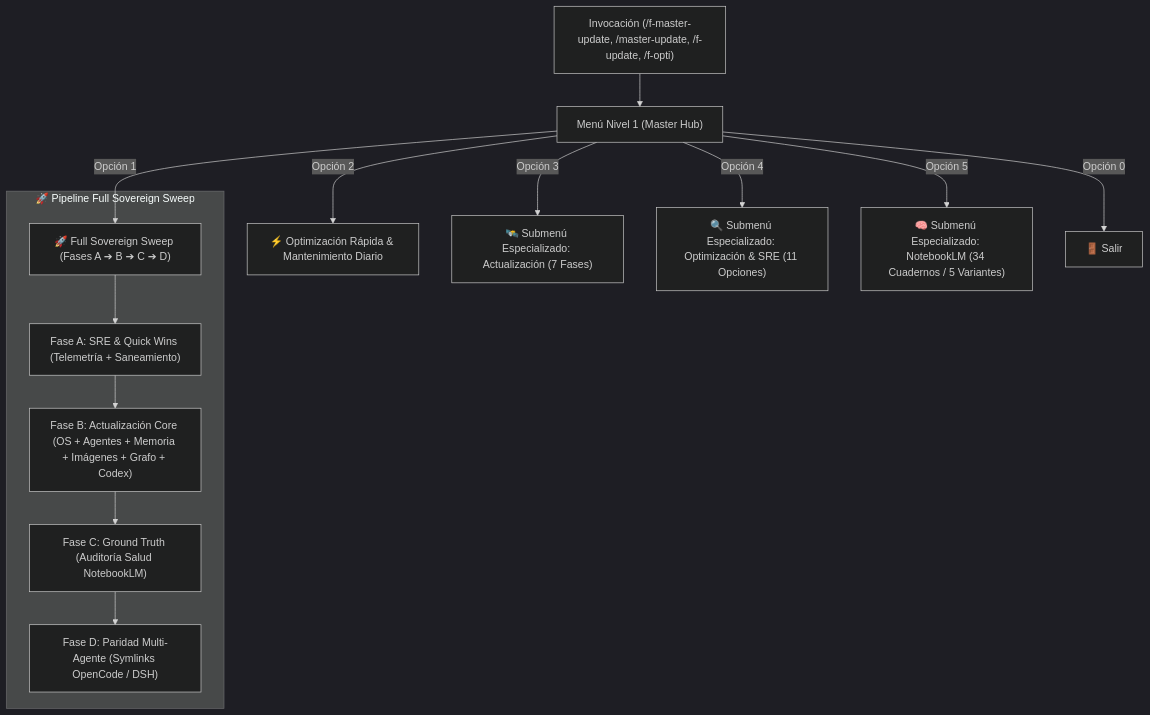
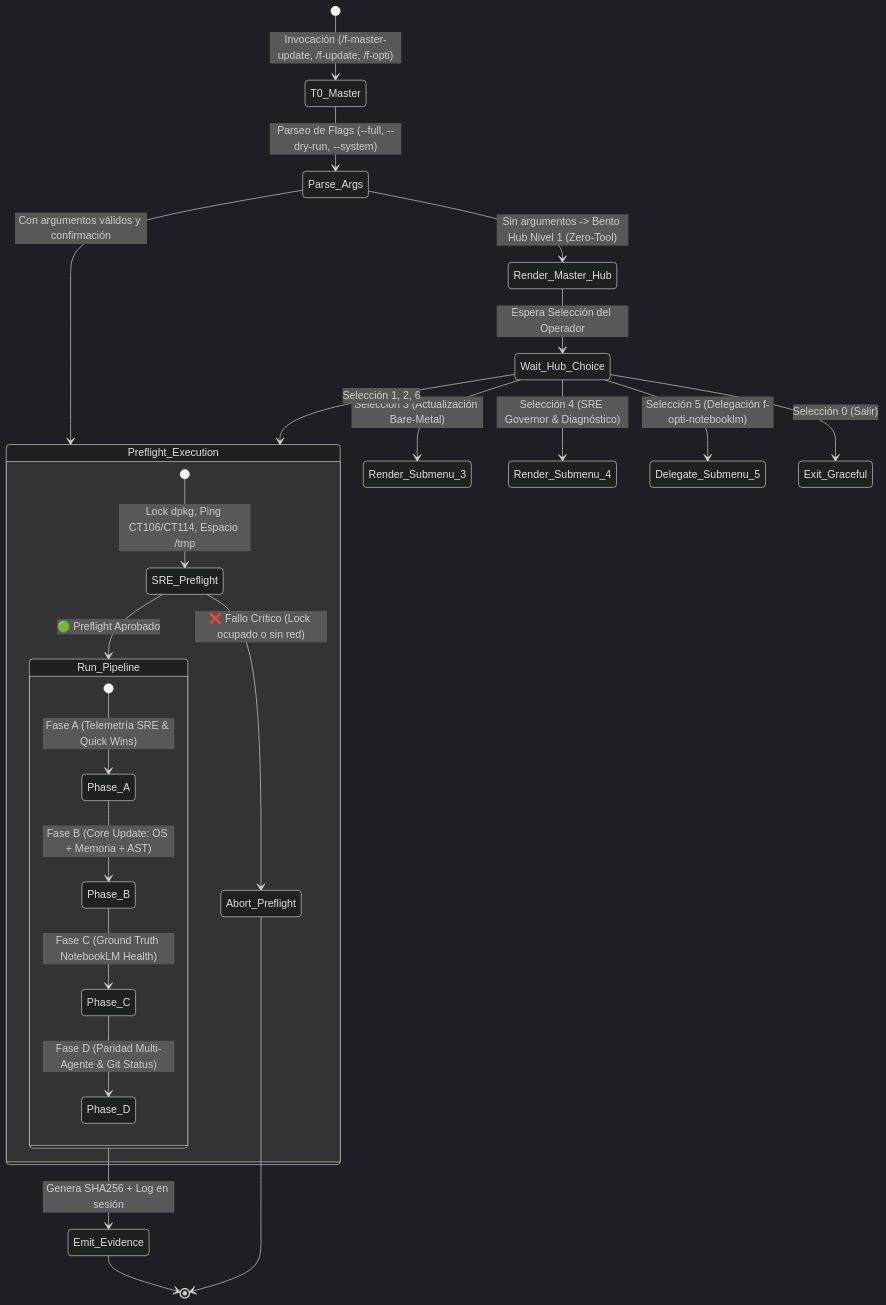
The diagram in skills/f-master-update/SKILL.md (floydiamarkv-byte/floydia-skills), drawn with Mermaid (dark theme) before and after one commit. The commit also changed other lines of this file and 2 other files, not shown here.

First line of the commit message:
feat(skills): elevate f-mejora-prompt to v6.0.0 and f-master-update to v2.0.0 Enterprise

````diff
--- a/skills/f-master-update/SKILL.md
+++ b/skills/f-master-update/SKILL.md
@@ -32,18 +37,32 @@
 ```mermaid
-graph TD
-    Trigger["Invocación (/f-master-update, /master-update, /f-update, /f-opti)"] --> M1["Menú Nivel 1 (Master Hub)"]
+stateDiagram-v2
+    [*] --> T0_Master: Invocación (/f-master-update, /f-update, /f-opti)
+    
+    T0_Master --> Parse_Args: Parseo de Flags (--full, --dry-run, --system)
+    Parse_Args --> Render_Master_Hub: Sin argumentos -> Bento Hub Nivel 1 (Zero-Tool)
+    Parse_Args --> Preflight_Execution: Con argumentos válidos y confirmación
 
-    M1 -->|Opción 1| Sweep["🚀 Full Sovereign Sweep (Fases A ➔ B ➔ C ➔ D)"]
-    M1 -->|Opción 2| Daily["⚡ Optimización Rápida & Mantenimiento Diario"]
-    M1 -->|Opción 3| SubUpd["🛰️ Submenú Especializado: Actualización (7 Fases)"]
-    M1 -->|Opción 4| SubOpt["🔍 Submenú Especializado: Optimización & SRE (11 Opciones)"]
-    M1 -->|Opción 5| SubNLM["🧠 Submenú Especializado: NotebookLM (34 Cuadernos / 5 Variantes)"]
-    M1 -->|Opción 0| Exit["🚪 Salir"]
+    Render_Master_Hub --> Wait_Hub_Choice: Espera Selección del Operador
+    Wait_Hub_Choice --> Preflight_Execution: Selección 1, 2, 6
+    Wait_Hub_Choice --> Render_Submenu_3: Selección 3 (Actualización Bare-Metal)
+    Wait_Hub_Choice --> Render_Submenu_4: Selección 4 (SRE Governor & Diagnóstico)
+    Wait_Hub_Choice --> Delegate_Submenu_5: Selección 5 (Delegación f-opti-notebooklm)
+    Wait_Hub_Choice --> Exit_Graceful: Selección 0 (Salir)
 
-    subgraph "🚀 Pipeline Full Sovereign Sweep"
-        Sweep --> FA["Fase A: SRE & Quick Wins (Telemetría + Saneamiento)"]
-        FA --> FB["Fase B: Actualización Core (OS + Agentes + Memoria + Imágenes + Grafo + Codex)"]
-        FB --> FC["Fase C: Ground Truth (Auditoría Salud NotebookLM)"]
-        FC --> FD["Fase D: Paridad Multi-Agente (Symlinks OpenCode / DSH)"]
-    end
+    state Preflight_Execution {
+        [*] --> SRE_Preflight: Lock dpkg, Ping CT106/CT114, Espacio /tmp
+        SRE_Preflight --> Abort_Preflight: ❌ Fallo Crítico (Lock ocupado o sin red)
+        SRE_Preflight --> Run_Pipeline: 🟢 Preflight Aprobado
+    }
+
+    state Run_Pipeline {
+        [*] --> Phase_A: Fase A (Telemetría SRE & Quick Wins)
+        Phase_A --> Phase_B: Fase B (Core Update: OS + Memoria + AST)
+        Phase_B --> Phase_C: Fase C (Ground Truth NotebookLM Health)
+        Phase_C --> Phase_D: Fase D (Paridad Multi-Agente & Git Status)
+    }
+
+    Run_Pipeline --> Emit_Evidence: Genera SHA256 + Log en sesión
+    Emit_Evidence --> [*]
+    Abort_Preflight --> [*]
 ```
````
